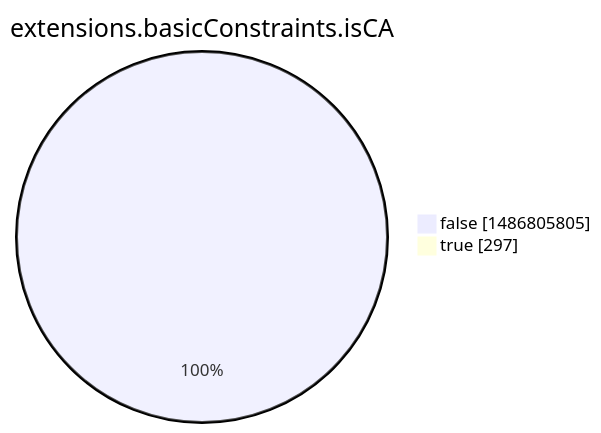
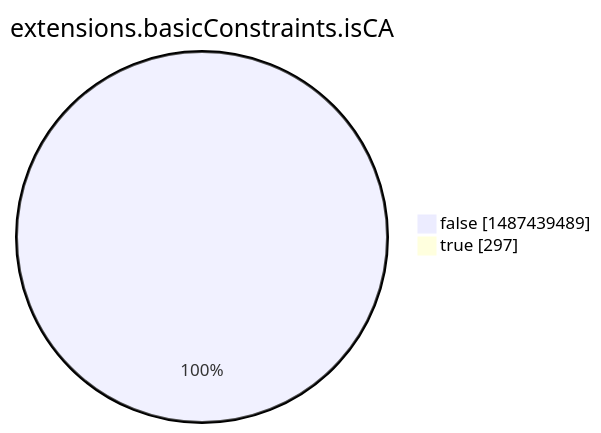
One commit to christiankrug/ctmonitor_visualization changed the eighth of 15 diagrams in argon2022/README.md. Above: the diagram before and after it, drawn with Mermaid. The commit also changed other lines of this file, not shown here.

````diff
--- a/argon2022/README.md
+++ b/argon2022/README.md
@@ -2760,6 +2760,6 @@
 ```mermaid
 pie showData
 title extensions.basicConstraints.isCA
-"false" :1486805805
+"false" :1487439489
 "true" :297
 ```
````
